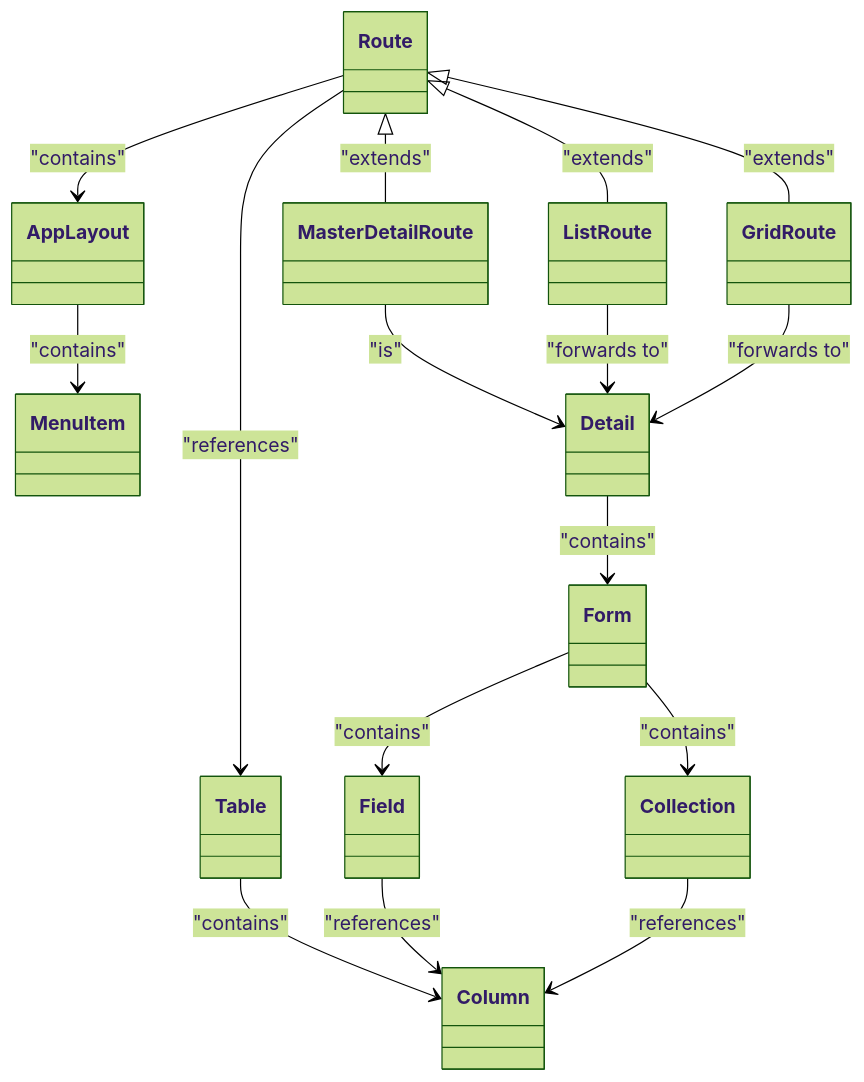
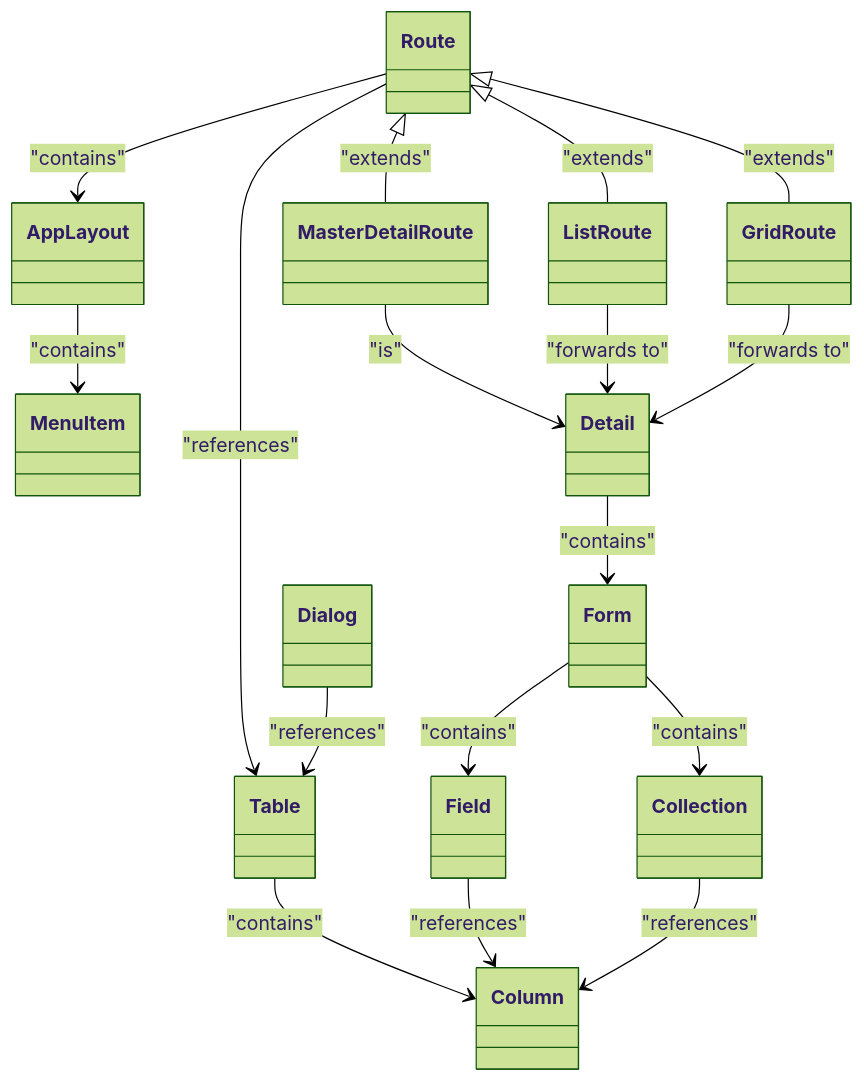
The diagram in README.md (appreciated/vortex-crud), drawn with Mermaid (forest theme) before and after one commit. The commit also changed other lines of this file, not shown here.

````diff
--- a/README.md
+++ b/README.md
@@ -72,54 +72,58 @@
 ```mermaid
 classDiagram
    class Table {
    }
 
    class Column {
    }
 
    class Route {
    }
 
    class AppLayout {
    }
 
    class MenuItem {
    }
 
    class MasterDetailRoute {
    }
 
    class ListRoute {
    }
 
    class GridRoute {
    }
 
    class Detail {
    }
 
    class Form {
    }
 
    class Field {
    }
 
    class Collection {
    }
 
+   class Dialog {
+   }
+
    Route <|-- MasterDetailRoute: "extends"
    Route <|-- ListRoute: "extends"
    Route <|-- GridRoute: "extends"
    Route --> AppLayout: "contains"
    AppLayout --> MenuItem: "contains"
    MasterDetailRoute --> Detail: "is"
    ListRoute --> Detail: "forwards to"
    GridRoute --> Detail: "forwards to"
    Detail --> Form: "contains"
    Form --> Field: "contains"
    Form --> Collection: "contains"
    Route --> Table: "references"
    Table --> Column: "contains"
    Field --> Column: "references"
    Collection --> Column: "references"
+   Dialog --> Table: "references"
 ```
````
